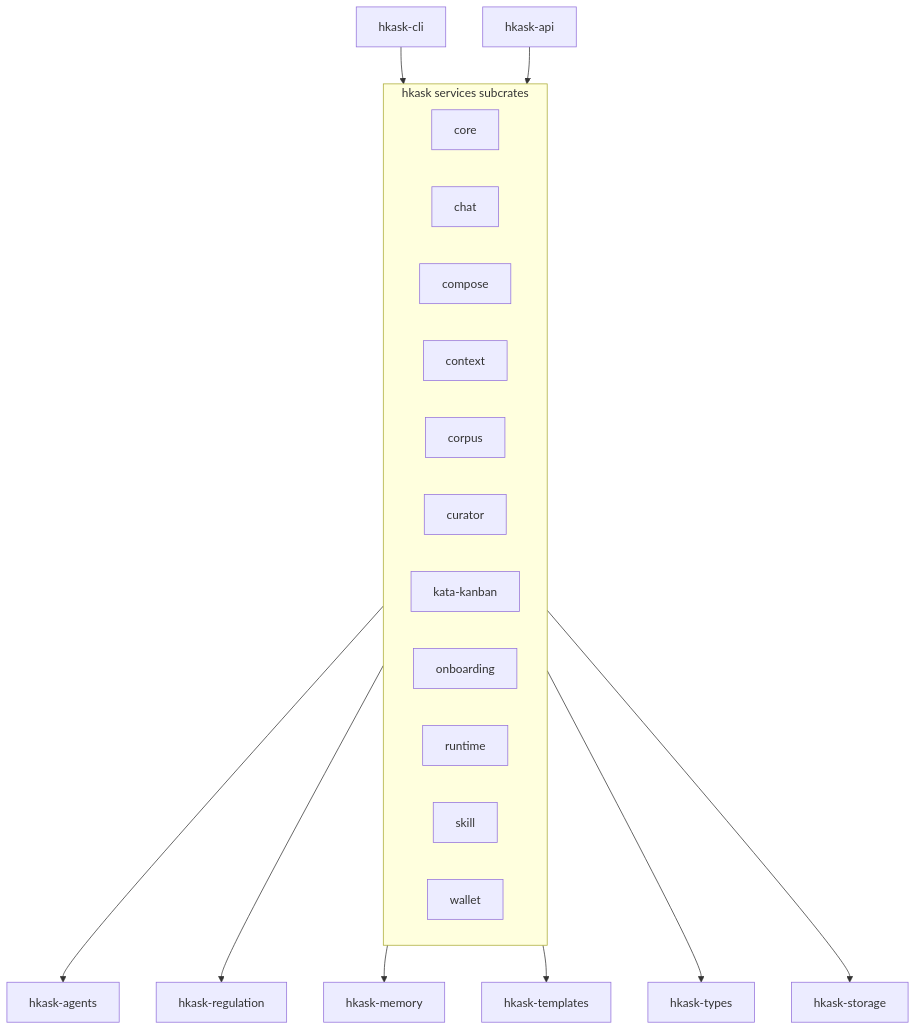
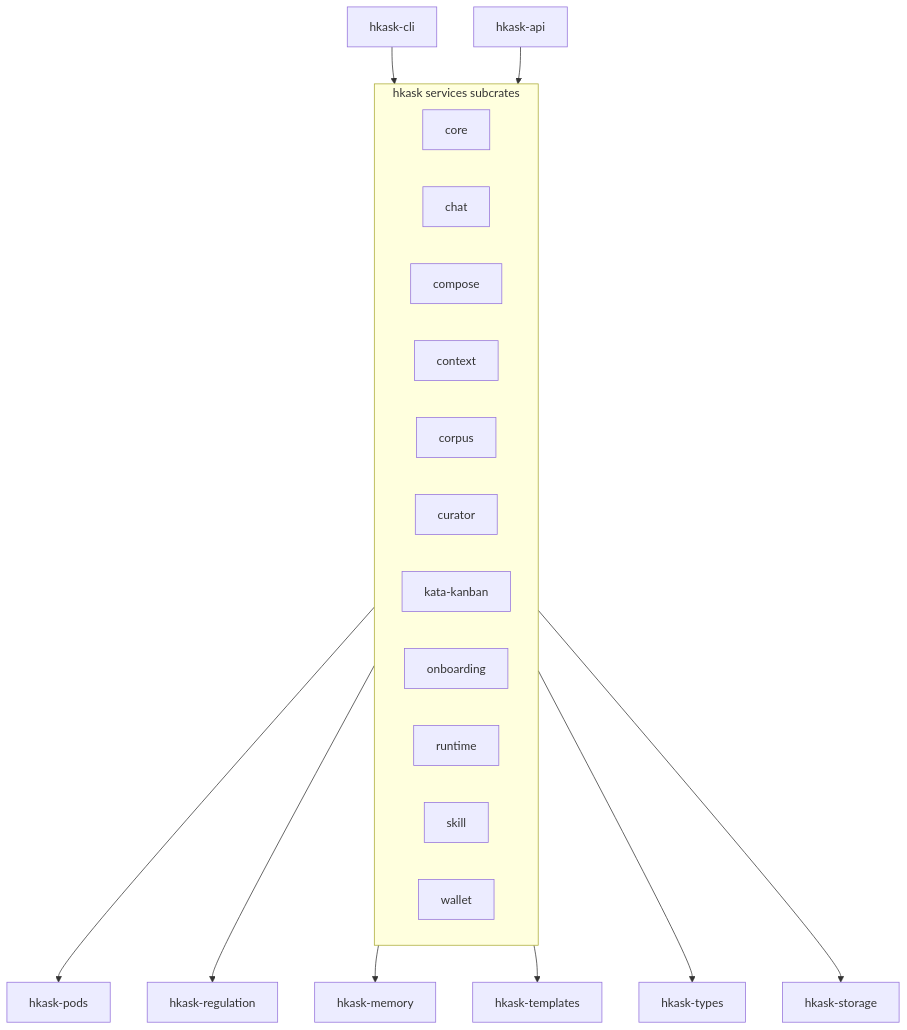
The diagram in docs/architecture/core/MDS.md (mdz-axo/hKask), drawn with Mermaid before and after one commit. The commit also changed other lines of this file and 37 other files, not shown here.

````diff
--- a/docs/architecture/core/MDS.md
+++ b/docs/architecture/core/MDS.md
@@ -603,26 +603,26 @@
 ```mermaid
 graph TD
     CLI["hkask-cli"]
     API["hkask-api"]
     subgraph SERVICES["hkask services subcrates"]
         CORE[core]
         CHAT[chat]
         COMPOSE[compose]
         CONTEXT[context]
         CORPUS[corpus]
         CURATOR[curator]
         KATA[kata-kanban]
         ONBOARD[onboarding]
         RUNTIME[runtime]
         SKILL[skill]
         WALLET[wallet]
     end
     CLI --> SERVICES
     API --> SERVICES
-    SERVICES --> AGENTS[hkask-agents]
+    SERVICES --> AGENTS[hkask-pods]
     SERVICES --> Regulation[hkask-regulation]
     SERVICES --> MEM[hkask-memory]
     SERVICES --> TEMPLATES[hkask-templates]
     SERVICES --> TYPES[hkask-types]
     SERVICES --> STORAGE[hkask-storage]
 ```
````
